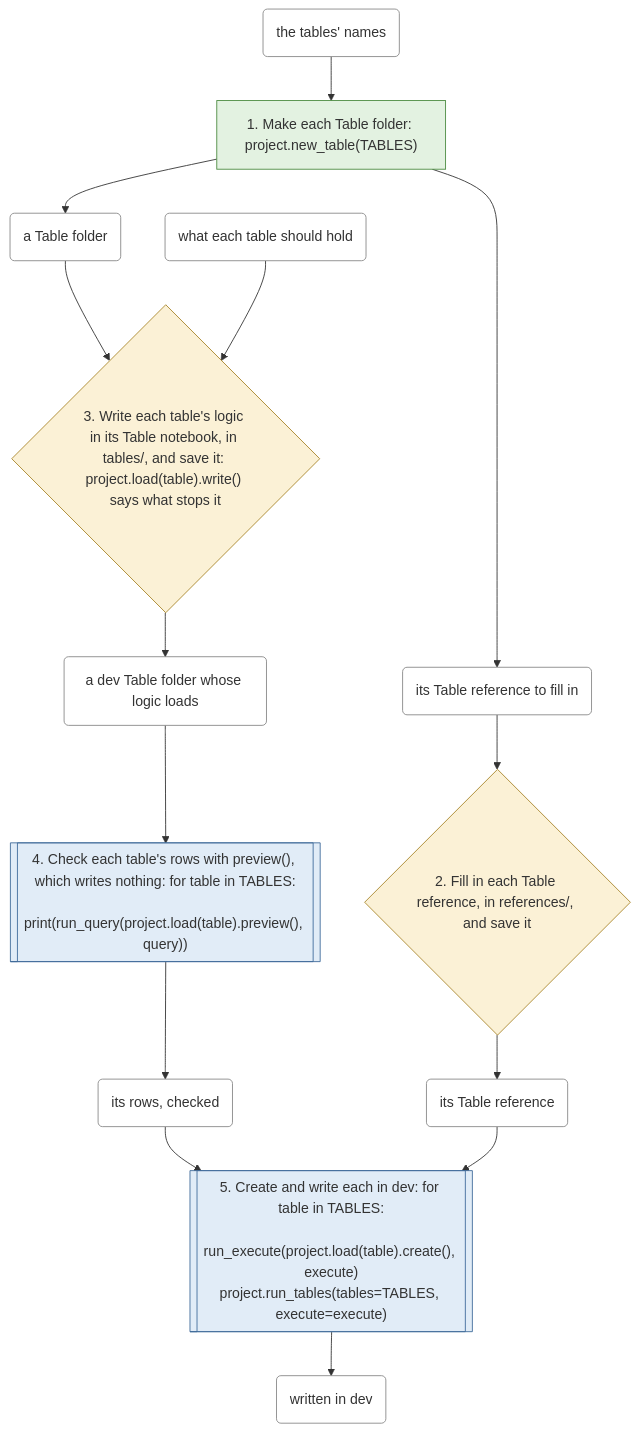
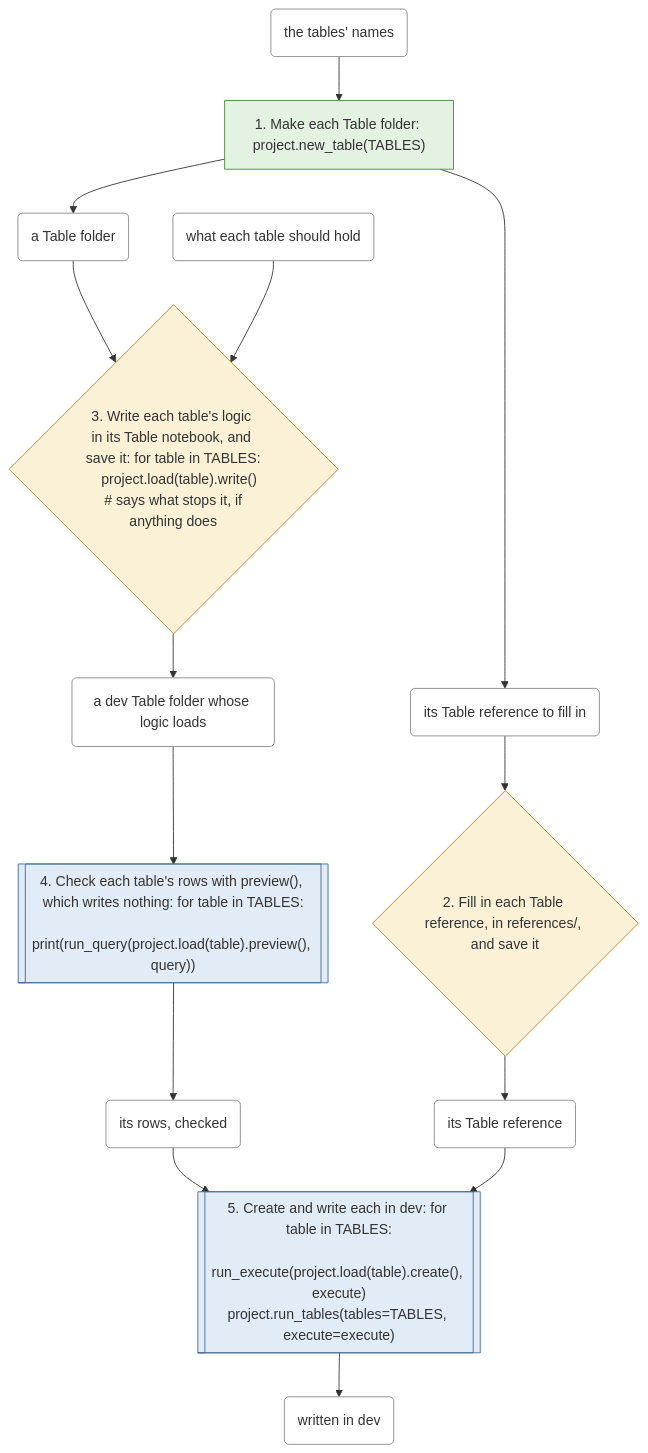
One commit to EdgyPage/SQL-Composer changed the third of 6 diagrams in docs/workflows.md. Above: the diagram before and after it, drawn with Mermaid. The commit also changed other lines of this file and 17 other files, not shown here.

First line of the commit message:
feat(8.0): flow charts a person and an LLM read, generated from the step lists, D351

````diff
--- a/docs/workflows.md
+++ b/docs/workflows.md
@@ -148,50 +148,51 @@
 ```mermaid
 flowchart TD
     s0["1. Make each Table folder: project.new_table(TABLES)"]
     class s0 file
     t0 --> s0
     s0 --> t1
     s0 --> t2
     s1{"2. Fill in each Table reference, in references/, and save it"}
     class s1 decision
     t2 --> s1
     s1 --> t3
-    s2{"3. Write each table's logic in its Table notebook, in tables/, and save it: project.load(table).write() says what stops it"}
+    s2{"3. Write each table's logic in its Table notebook, and save it: for table in TABLES:
+    project.load(table).write()  #35; says what stops it, if anything does"}
     class s2 decision
     t1 --> s2
     t4 --> s2
     s2 --> t5
     s3[["4. Check each table's rows with preview(), which writes nothing: for table in TABLES:
     print(run_query(project.load(table).preview(), query))"]]
     class s3 permission
     t5 --> s3
     s3 --> t6
     s4[["5. Create and write each in dev: for table in TABLES:
     run_execute(project.load(table).create(), execute)
 project.run_tables(tables=TABLES, execute=execute)"]]
     class s4 permission
     t6 --> s4
     t3 --> s4
     s4 --> t7
     t0("the tables' names")
     class t0 thing
     t1("a Table folder")
     class t1 thing
     t2("its Table reference to fill in")
     class t2 thing
     t3("its Table reference")
     class t3 thing
     t4("what each table should hold")
     class t4 thing
     t5("a dev Table folder whose logic loads")
     class t5 thing
     t6("its rows, checked")
     class t6 thing
     t7("written in dev")
     class t7 thing
     classDef file fill:#e3f2e1,stroke:#4a8a3f
     classDef permission fill:#e1ecf7,stroke:#3f6a9a
     classDef decision fill:#fbf1d6,stroke:#a8842a
     classDef fiddling fill:#f8d7d5,stroke:#b03a30
     classDef thing fill:#ffffff,stroke:#888888
 ```
````
